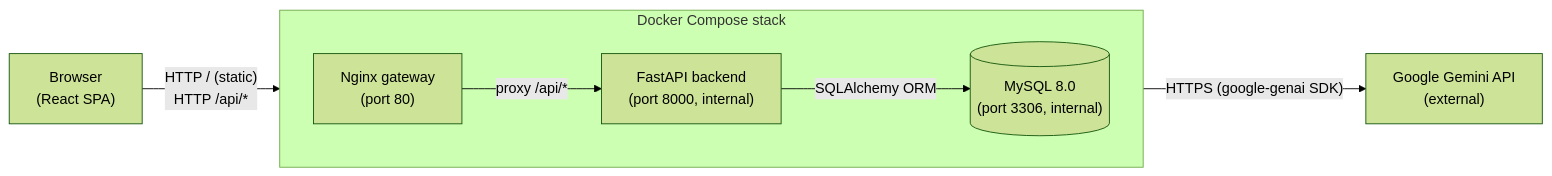
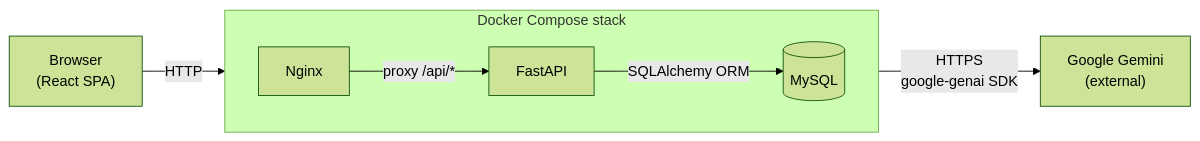
Before and after one commit to anikod25/AEGIS: the diagram in README.md, drawn with Mermaid (forest theme).

Commit message:
Revise architecture diagram for clarity
Updated the architecture diagram in README to improve clarity and consistency.

````diff
--- a/README.md
+++ b/README.md
@@ -101,18 +101,21 @@
 ```mermaid
-graph LR
+flowchart LR
+
     Browser["Browser<br/>(React SPA)"]
 
     subgraph Docker["Docker Compose stack"]
         direction LR
-        Gateway["Nginx gateway<br/>(port 80)"]
-        Backend["FastAPI backend<br/>(port 8000, internal)"]
-        DB[("MySQL 8.0<br/>(port 3306, internal)")]
+
+        Gateway["Nginx"]
+        Backend["FastAPI"]
+        DB[("MySQL")]
+
+        Gateway -->|"proxy /api/*"| Backend
+        Backend -->|"SQLAlchemy ORM"| DB
     end
 
-    Gemini["Google Gemini API<br/>(external)"]
+    Gemini["Google Gemini<br/>(external)"]
 
-    Browser -->|"HTTP / (static)<br/>HTTP /api/*"| Gateway
-    Gateway -->|"proxy /api/*"| Backend
-    Backend -->|"SQLAlchemy ORM"| DB
-    Backend -->|"HTTPS (google-genai SDK)"| Gemini
+    Browser -->|"HTTP"| Gateway
+    Backend -->|"HTTPS<br/>google-genai SDK"| Gemini
 ```
````
